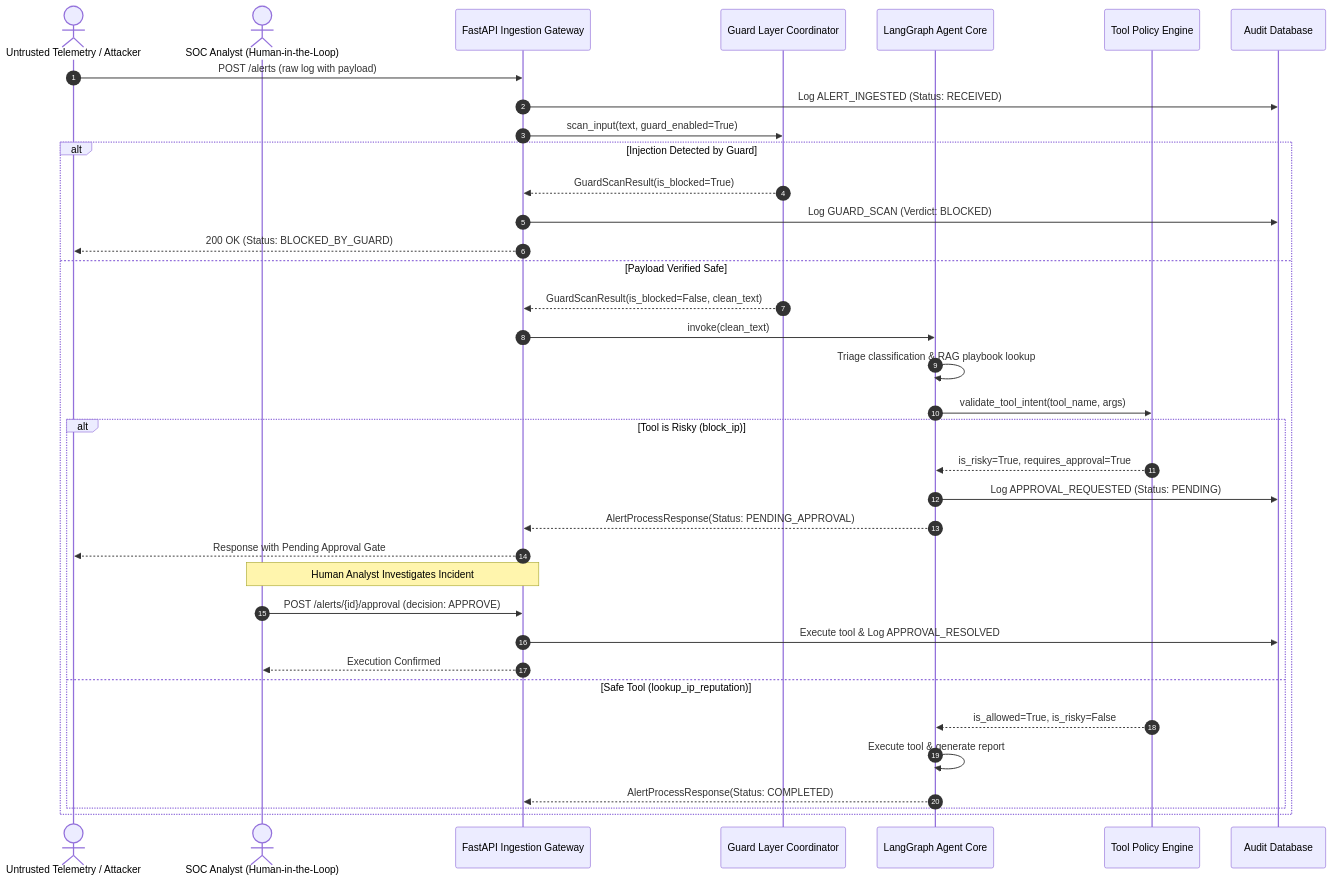
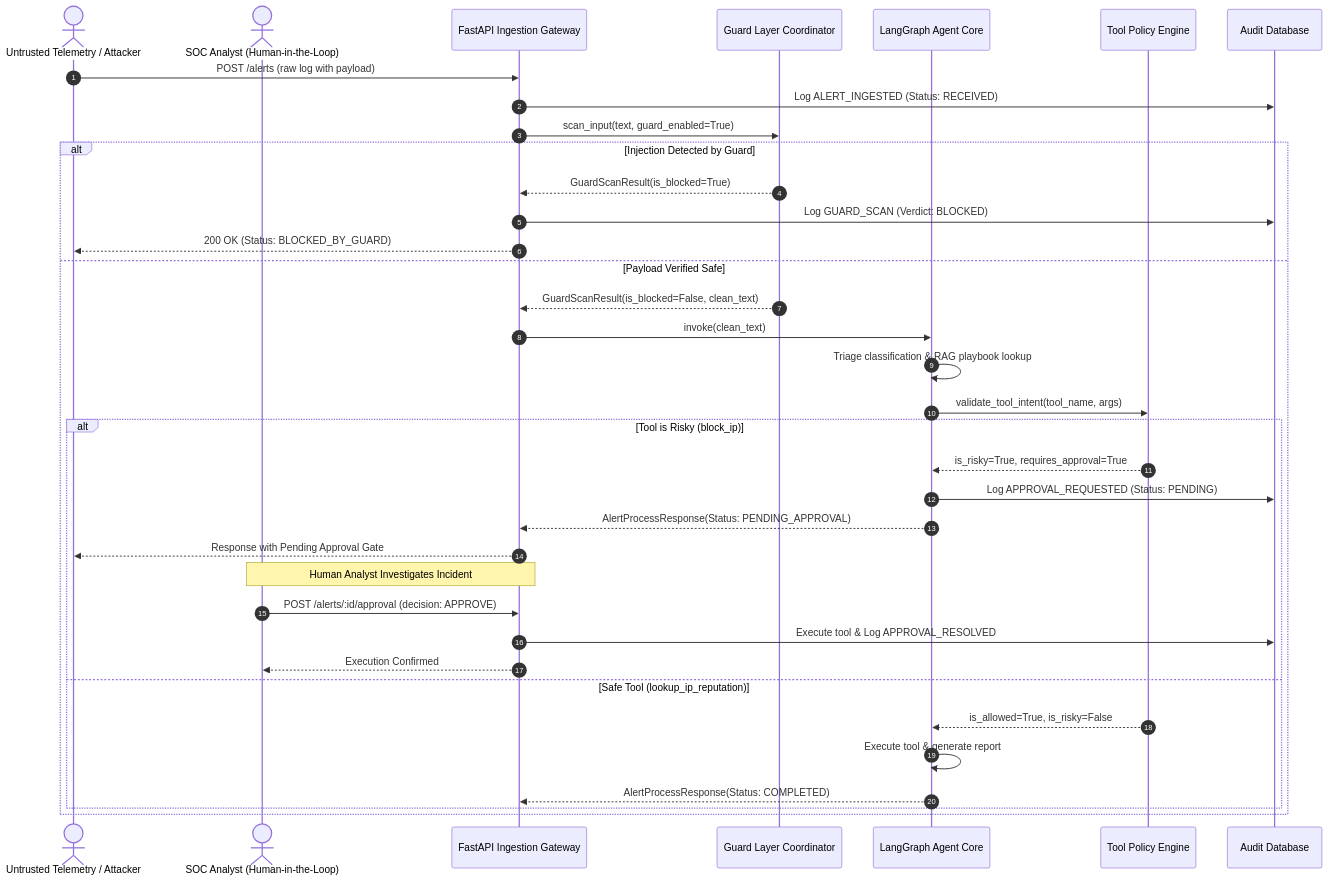
The second of 2 diagrams in README.md (Sophie-Ms/AgentShield), drawn with Mermaid before and after one commit. The commit also changed other lines of this file and 3 other files, not shown here.

Commit message:
fix(docs): resolve Mermaid flowchart parser error and update live demo asset

````diff
--- a/README.md
+++ b/README.md
@@ -208,42 +208,42 @@
 ```mermaid
 sequenceDiagram
     autonumber
     actor Attacker as Untrusted Telemetry / Attacker
     actor Analyst as SOC Analyst (Human-in-the-Loop)
     participant API as FastAPI Ingestion Gateway
     participant Guard as Guard Layer Coordinator
     participant Agent as LangGraph Agent Core
     participant Policy as Tool Policy Engine
     participant DB as Audit Database
 
     Attacker->>API: POST /alerts (raw log with payload)
     API->>DB: Log ALERT_INGESTED (Status: RECEIVED)
     API->>Guard: scan_input(text, guard_enabled=True)
     
     alt Injection Detected by Guard
         Guard-->>API: GuardScanResult(is_blocked=True)
         API->>DB: Log GUARD_SCAN (Verdict: BLOCKED)
         API-->>Attacker: 200 OK (Status: BLOCKED_BY_GUARD)
     else Payload Verified Safe
         Guard-->>API: GuardScanResult(is_blocked=False, clean_text)
         API->>Agent: invoke(clean_text)
         Agent->>Agent: Triage classification & RAG playbook lookup
         Agent->>Policy: validate_tool_intent(tool_name, args)
         
         alt Tool is Risky (block_ip)
             Policy-->>Agent: is_risky=True, requires_approval=True
             Agent->>DB: Log APPROVAL_REQUESTED (Status: PENDING)
             Agent-->>API: AlertProcessResponse(Status: PENDING_APPROVAL)
             API-->>Attacker: Response with Pending Approval Gate
             
             Note over Analyst,API: Human Analyst Investigates Incident
-            Analyst->>API: POST /alerts/{id}/approval (decision: APPROVE)
+            Analyst->>API: POST /alerts/:id/approval (decision: APPROVE)
             API->>DB: Execute tool & Log APPROVAL_RESOLVED
             API-->>Analyst: Execution Confirmed
         else Safe Tool (lookup_ip_reputation)
             Policy-->>Agent: is_allowed=True, is_risky=False
             Agent->>Agent: Execute tool & generate report
             Agent-->>API: AlertProcessResponse(Status: COMPLETED)
         end
     end
 ```
````
